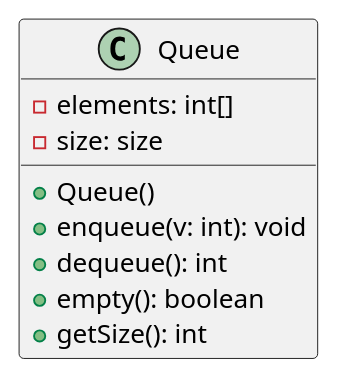
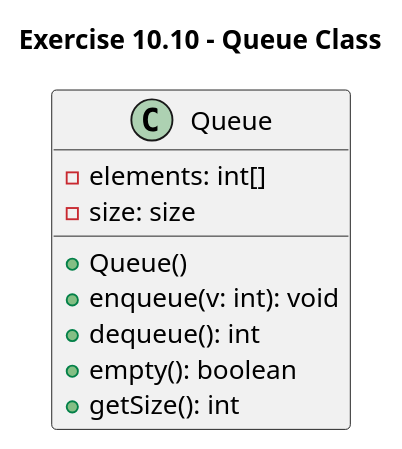
Before and after one commit to emaphis/Introduction_to_Java_Programming: the diagram in Introduction_to_Java_Programming/src/main/java/chapter10/exercise/exercise10_10/QueueDiagram.puml, drawn with PlantUML. The commit also changed 6 other files, not shown here.

```diff
--- a/Introduction_to_Java_Programming/src/main/java/chapter10/exercise/exercise10_10/QueueDiagram.puml
+++ b/Introduction_to_Java_Programming/src/main/java/chapter10/exercise/exercise10_10/QueueDiagram.puml
@@ -1,11 +1,12 @@
-@startuml
+@startuml exercise10.10
+title Exercise 10.10 - Queue Class
 class Queue {
     -elements: int[]
     -size: size
     +Queue()
     +enqueue(v: int): void
     +dequeue(): int
     +empty(): boolean
     +getSize(): int
 }
 @enduml
```
